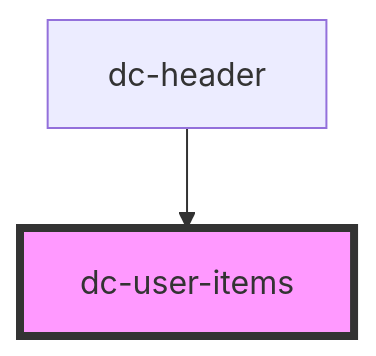
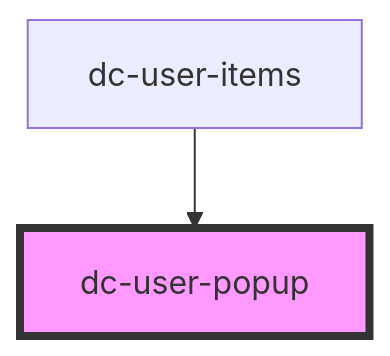
The diagram in packages/header-component/src/components/dc-header/readme.md (debtcollective/packages), drawn with Mermaid before and after one commit. The commit also changed other lines of this file, not shown here.

Commit message:
doc(header): update stencil docs

````diff
--- a/packages/header-component/src/components/dc-header/readme.md
+++ b/packages/header-component/src/components/dc-header/readme.md
@@ -21,5 +21,5 @@
 ```mermaid
 graph TD;
-  dc-header --> dc-user-items
-  style dc-user-items fill:#f9f,stroke:#333,stroke-width:4px
+  dc-user-items --> dc-user-popup
+  style dc-user-popup fill:#f9f,stroke:#333,stroke-width:4px
 ```
````
